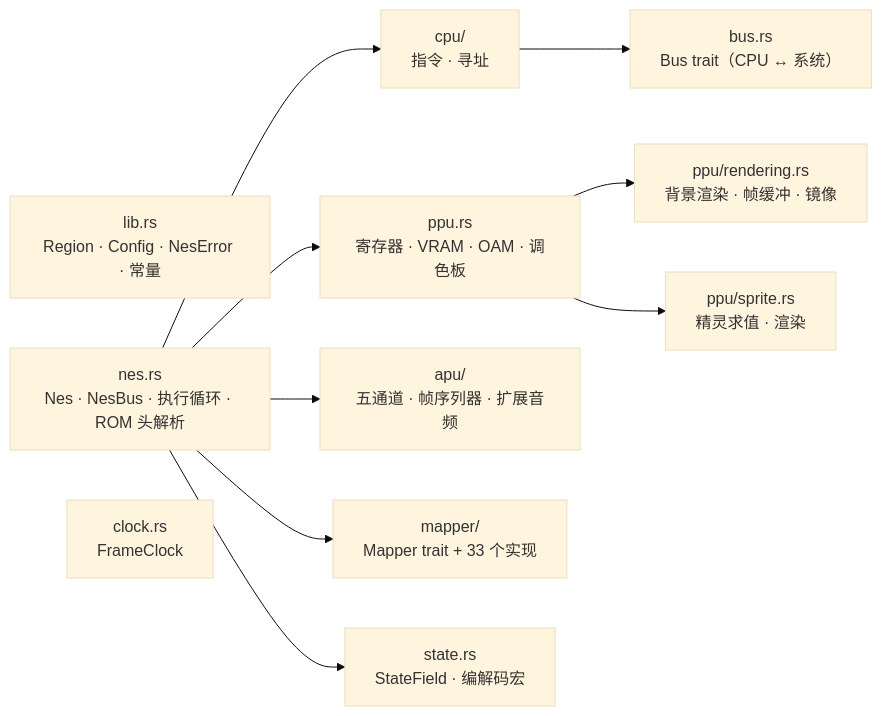
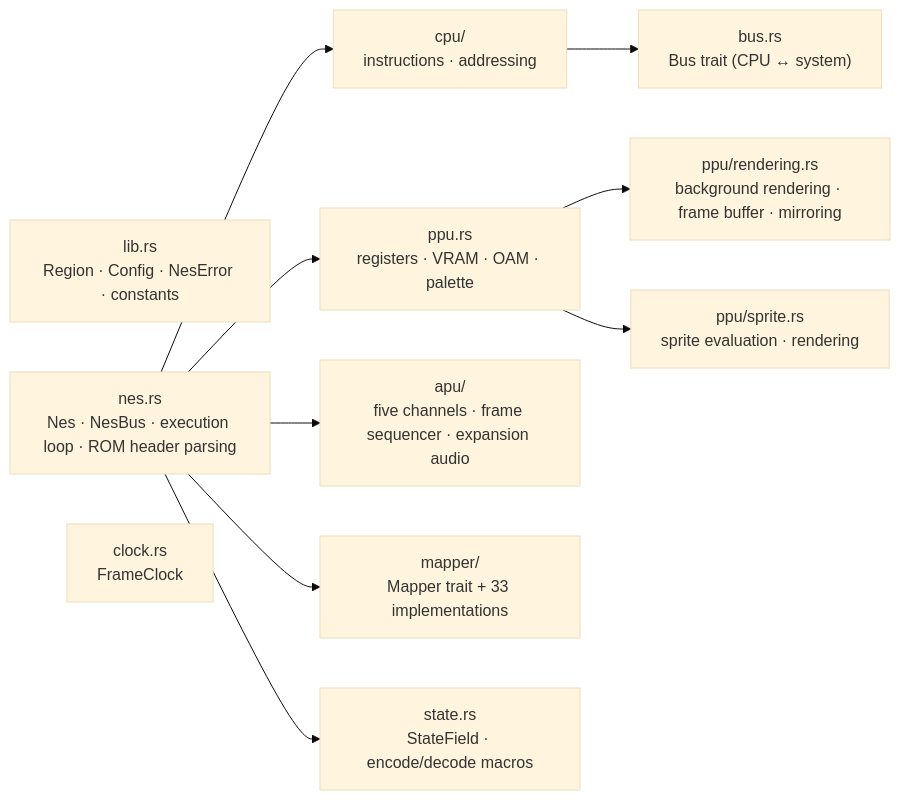
One commit to YufJi/nes-emulator changed the second of 13 diagrams in docs/architecture.md. Above: the diagram before and after it, drawn with Mermaid (base theme). The commit also changed other lines of this file and 8 other files, not shown here.

````diff
--- a/docs/architecture.md
+++ b/docs/architecture.md
@@ -73,23 +77,23 @@
 ```mermaid
 flowchart LR
-    Lib["lib.rs<br/>Region · Config · NesError · 常量"]
-    Nes["nes.rs<br/>Nes · NesBus · 执行循环 · ROM 头解析"]
+    Lib["lib.rs<br/>Region · Config · NesError · constants"]
+    Nes["nes.rs<br/>Nes · NesBus · execution loop · ROM header parsing"]
     Clock["clock.rs<br/>FrameClock"]
-    Bus["bus.rs<br/>Bus trait（CPU ↔ 系统）"]
-    Cpu["cpu/<br/>指令 · 寻址"]
-    Ppu["ppu.rs<br/>寄存器 · VRAM · OAM · 调色板"]
-    Rend["ppu/rendering.rs<br/>背景渲染 · 帧缓冲 · 镜像"]
-    Spr["ppu/sprite.rs<br/>精灵求值 · 渲染"]
-    Apu["apu/<br/>五通道 · 帧序列器 · 扩展音频"]
-    Mapper["mapper/<br/>Mapper trait + 33 个实现"]
-    State["state.rs<br/>StateField · 编解码宏"]
+    Bus["bus.rs<br/>Bus trait (CPU ↔ system)"]
+    Cpu["cpu/<br/>instructions · addressing"]
+    Ppu["ppu.rs<br/>registers · VRAM · OAM · palette"]
+    Rend["ppu/rendering.rs<br/>background rendering · frame buffer · mirroring"]
+    Spr["ppu/sprite.rs<br/>sprite evaluation · rendering"]
+    Apu["apu/<br/>five channels · frame sequencer · expansion audio"]
+    Mapper["mapper/<br/>Mapper trait + 33 implementations"]
+    State["state.rs<br/>StateField · encode/decode macros"]
 
     Nes --> Cpu
     Nes --> Ppu
     Nes --> Apu
     Nes --> Mapper
     Nes --> State
     Ppu --> Rend
     Ppu --> Spr
     Cpu --> Bus
 ```
````
